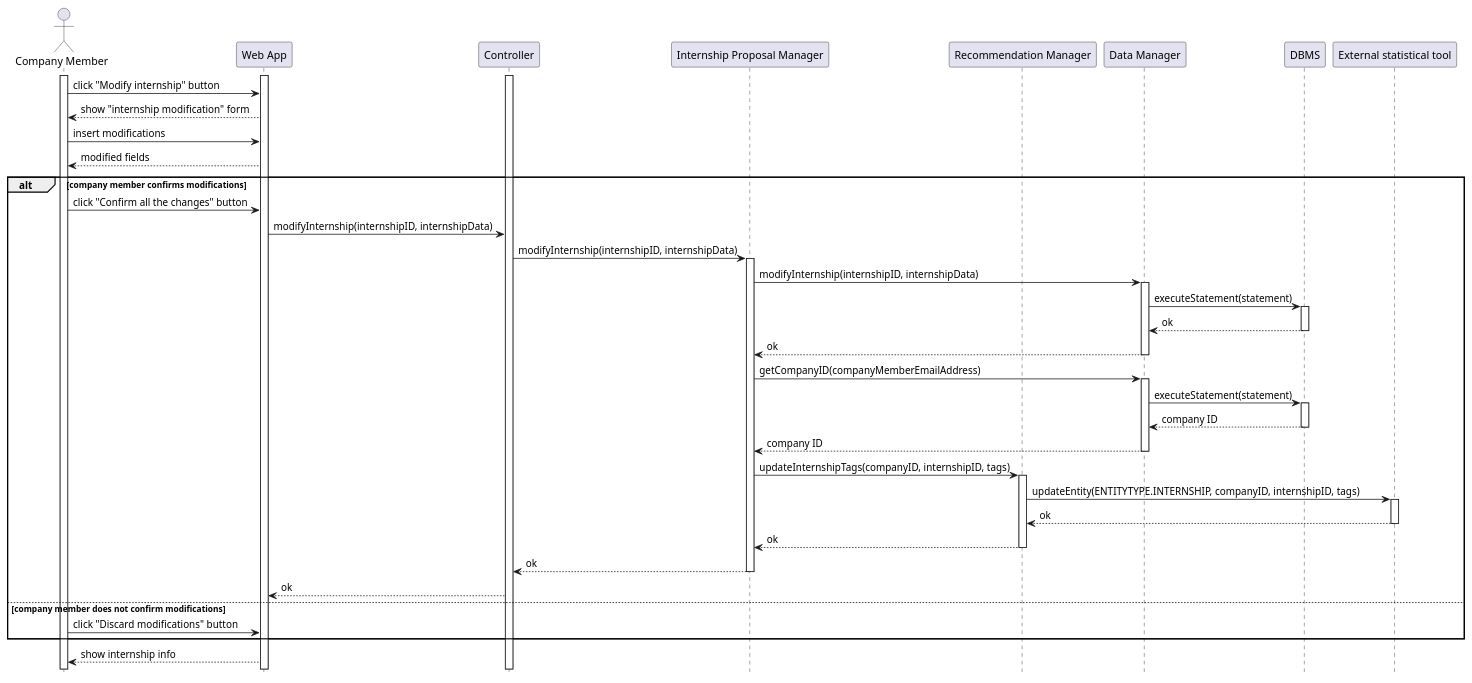
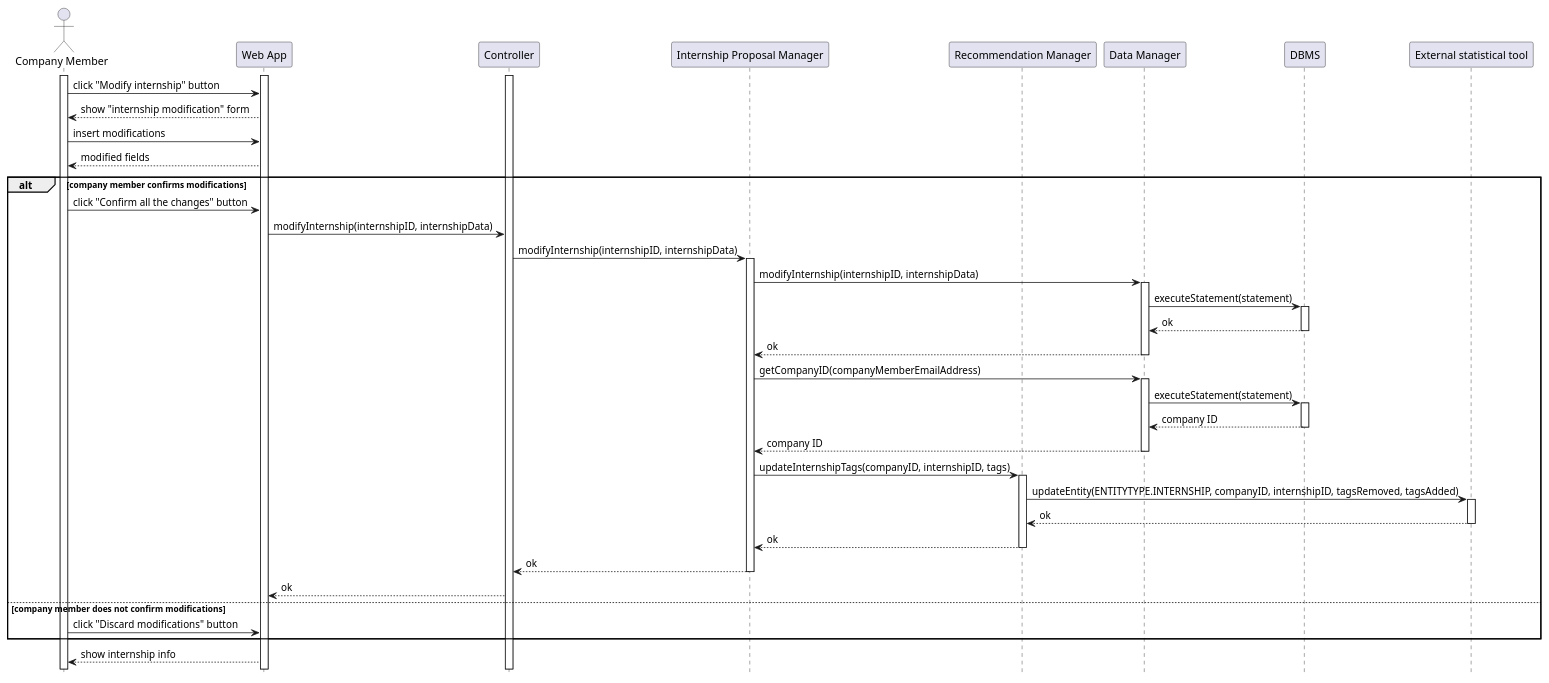
One commit to matti8702/R_and_DD_project_SE2 changed the diagram in DD/Architectural_design/uml_diagrams/RV8_diagram.puml. Above: the diagram before and after it, drawn with PlantUML.

Commit message:
fix: fix to RV8 diagram

```diff
--- a/DD/Architectural_design/uml_diagrams/RV8_diagram.puml
+++ b/DD/Architectural_design/uml_diagrams/RV8_diagram.puml
@@ -1,59 +1,59 @@
 @startuml RV8_diagram
 hide footbox
 
 actor "Company Member" as CM
 participant "Web App" as W
 participant "Controller" as C
 participant "Internship Proposal Manager" as I
 participant "Recommendation Manager" as RE
 participant "Data Manager" as DM
 participant "DBMS" as RD
 participant "External statistical tool" AS EXT
 
 activate CM
 activate W
 activate C
 CM -> W: click "Modify internship" button
 W --> CM: show "internship modification" form
 CM -> W: insert modifications
 W --> CM: modified fields
 alt company member confirms modifications
     CM -> W: click "Confirm all the changes" button
     W -> C: modifyInternship(internshipID, internshipData)
     C -> I: modifyInternship(internshipID, internshipData)
     activate I
     I -> DM: modifyInternship(internshipID, internshipData)
     activate DM
     DM -> RD: executeStatement(statement)
     activate RD
     RD --> DM: ok
     deactivate RD
     DM --> I: ok
     deactivate DM
 
     I -> DM: getCompanyID(companyMemberEmailAddress)
     activate DM
     DM -> RD: executeStatement(statement)
     activate RD
     RD --> DM: company ID
     deactivate RD
     DM --> I: company ID
     deactivate DM
 
     I -> RE: updateInternshipTags(companyID, internshipID, tags)
     activate RE
-    RE -> EXT: updateEntity(ENTITYTYPE.INTERNSHIP, companyID, internshipID, tags)
+    RE -> EXT: updateEntity(ENTITYTYPE.INTERNSHIP, companyID, internshipID, tagsRemoved, tagsAdded)
     activate EXT
     EXT --> RE: ok
     deactivate EXT
     RE --> I: ok
     deactivate RE
     I --> C: ok
     deactivate I
     C --> W: ok
 else company member does not confirm modifications
     CM -> W: click "Discard modifications" button
 end
 
 W --> CM: show internship info
 @enduml
```
